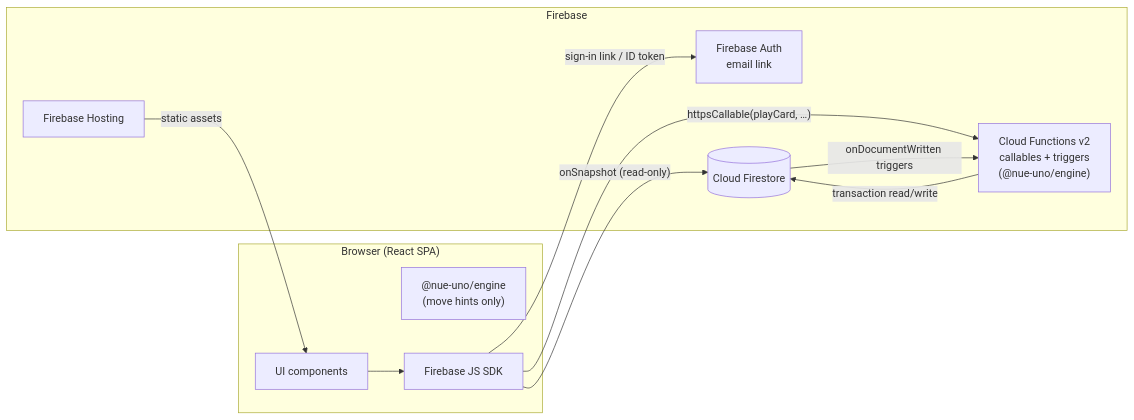
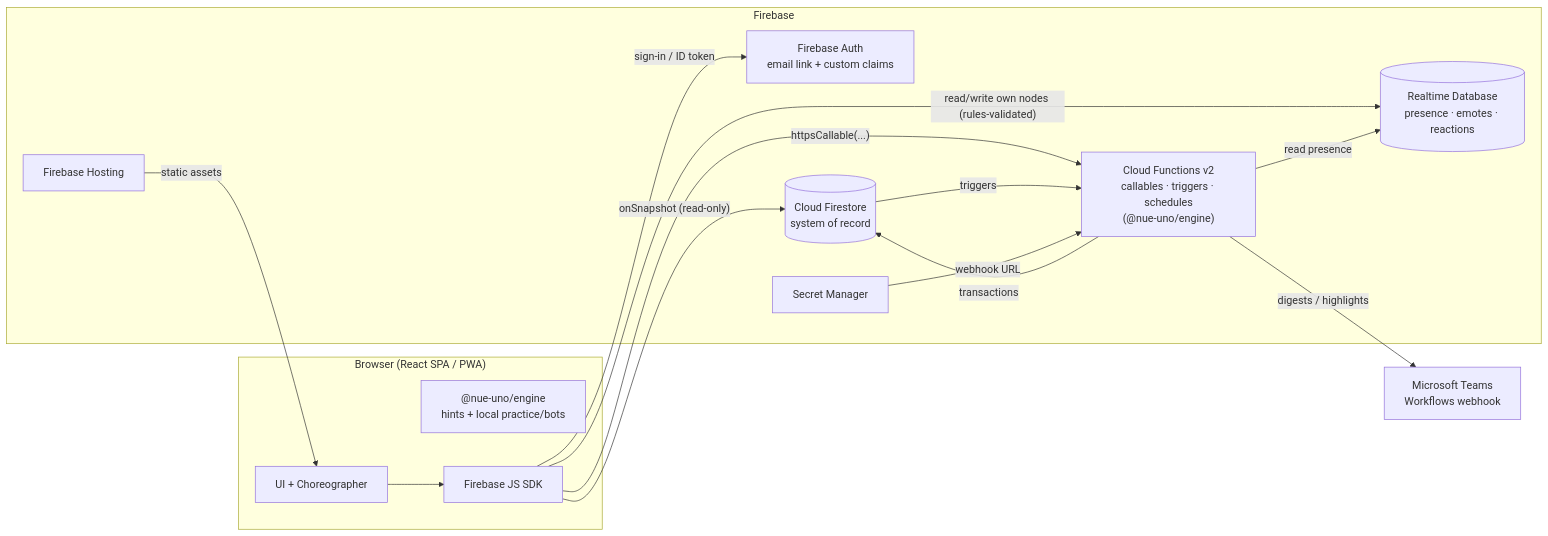
The first of 2 diagrams in docs/engineering/architecture.md (bacquisto-ns/nue-uno), drawn with Mermaid before and after one commit. The commit also changed other lines of this file and 9 other files, not shown here.

````diff
--- a/docs/engineering/architecture.md
+++ b/docs/engineering/architecture.md
@@ -9,23 +14,31 @@
 ```mermaid
 flowchart LR
-  subgraph Browser["Browser (React SPA)"]
-    UI[UI components]
-    ENG1["@nue-uno/engine<br/>(move hints only)"]
+  subgraph Browser["Browser (React SPA / PWA)"]
+    UI[UI + Choreographer]
+    ENG1["@nue-uno/engine<br/>hints + local practice/bots"]
     SDK[Firebase JS SDK]
   end
 
   subgraph Firebase
-    AUTH[Firebase Auth<br/>email link]
+    AUTH[Firebase Auth<br/>email link + custom claims]
     HOST[Firebase Hosting]
-    FN["Cloud Functions v2<br/>callables + triggers<br/>(@nue-uno/engine)"]
-    FS[(Cloud Firestore)]
+    FN["Cloud Functions v2<br/>callables · triggers · schedules<br/>(@nue-uno/engine)"]
+    FS[(Cloud Firestore<br/>system of record)]
+    RTDB[(Realtime Database<br/>presence · emotes · reactions)]
+    SM[Secret Manager]
   end
+
+  TEAMS[Microsoft Teams<br/>Workflows webhook]
 
   HOST -- static assets --> UI
   UI --> SDK
-  SDK -- sign-in link / ID token --> AUTH
+  SDK -- sign-in / ID token --> AUTH
   SDK -- "onSnapshot (read-only)" --> FS
-  SDK -- "httpsCallable(playCard, …)" --> FN
-  FN -- transaction read/write --> FS
-  FS -- "onDocumentWritten triggers" --> FN
+  SDK -- "httpsCallable(...)" --> FN
+  SDK -- "read/write own nodes (rules-validated)" --> RTDB
+  FN -- transactions --> FS
+  FN -- read presence --> RTDB
+  FS -- triggers --> FN
+  FN -- digests / highlights --> TEAMS
+  SM -- webhook URL --> FN
 ```
````
